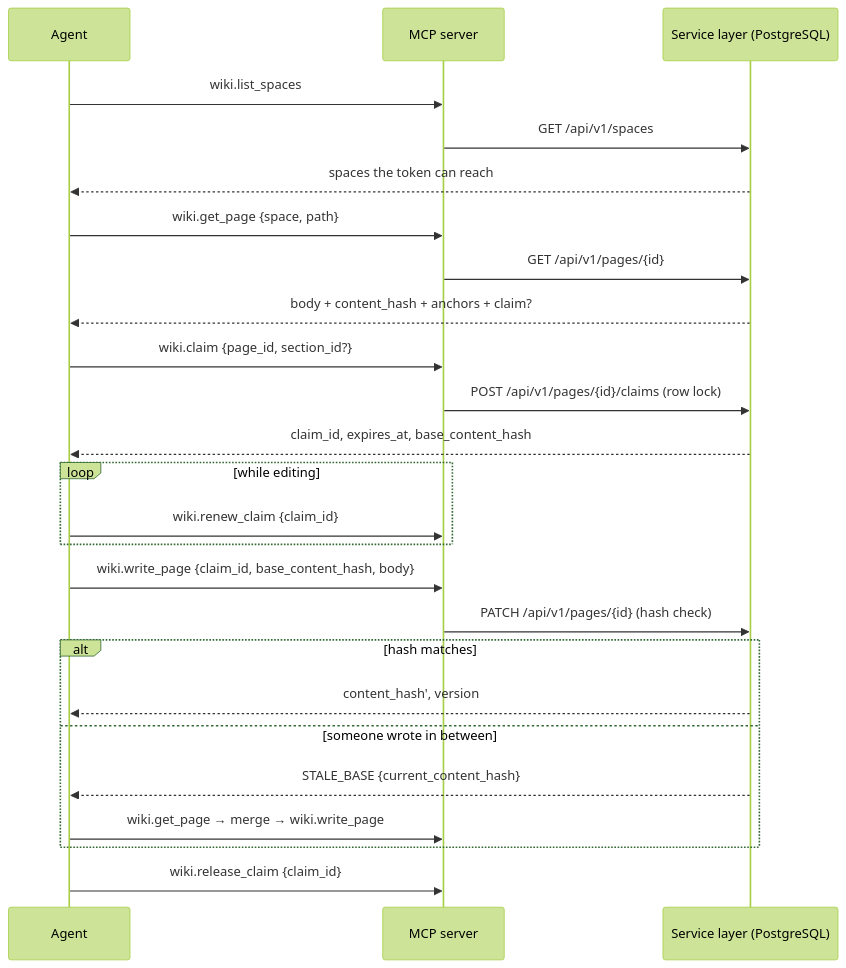
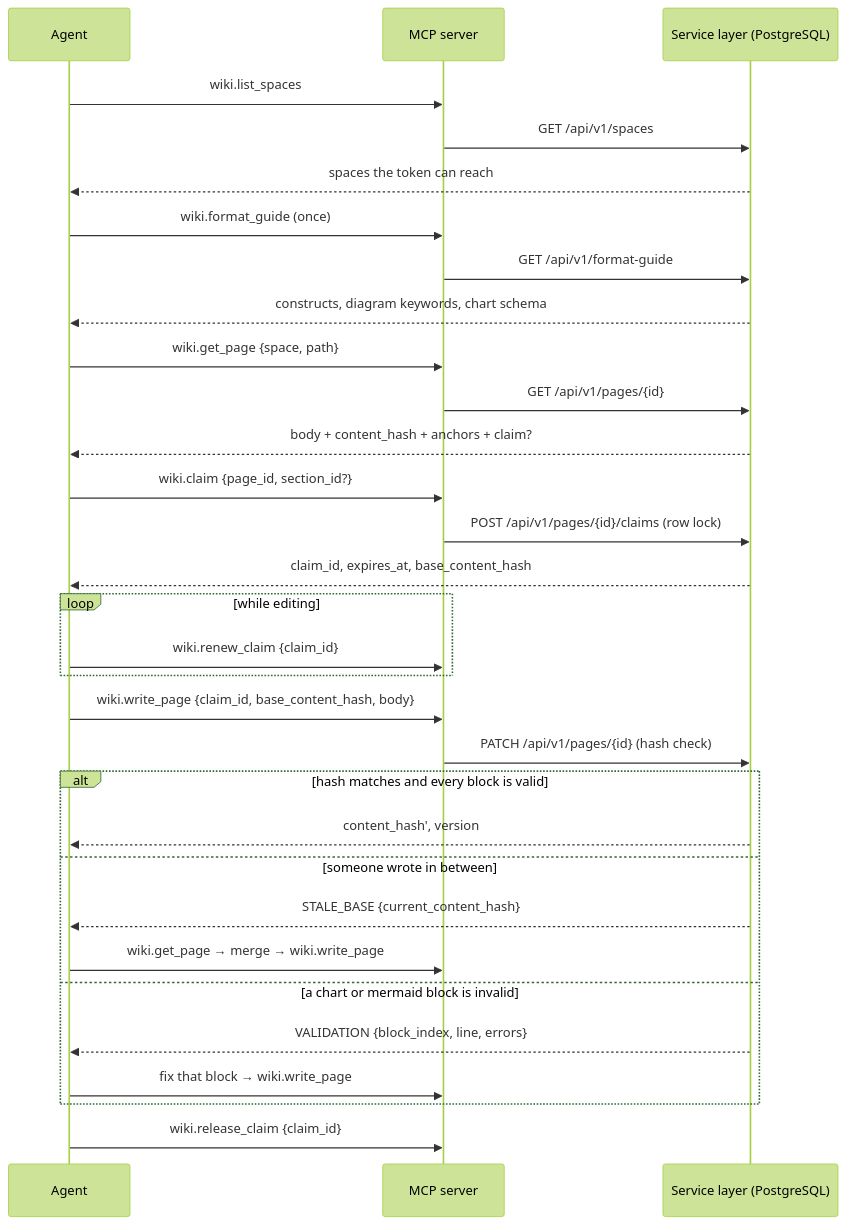
The diagram in docs/mcp.md (Dodecaidr/clewwiki), drawn with Mermaid (forest theme) before and after one commit. The commit also changed other lines of this file and 96 other files, not shown here.

First line of the commit message:
feat: visual Markdown editor, callouts, Mermaid templates and charts

````diff
--- a/docs/mcp.md
+++ b/docs/mcp.md
@@ -354,27 +423,33 @@
 ```mermaid
 sequenceDiagram
     participant A as Agent
     participant M as MCP server
     participant S as Service layer (PostgreSQL)
     A->>M: wiki.list_spaces
     M->>S: GET /api/v1/spaces
     S-->>A: spaces the token can reach
+    A->>M: wiki.format_guide (once)
+    M->>S: GET /api/v1/format-guide
+    S-->>A: constructs, diagram keywords, chart schema
     A->>M: wiki.get_page {space, path}
     M->>S: GET /api/v1/pages/{id}
     S-->>A: body + content_hash + anchors + claim?
     A->>M: wiki.claim {page_id, section_id?}
     M->>S: POST /api/v1/pages/{id}/claims (row lock)
     S-->>A: claim_id, expires_at, base_content_hash
     loop while editing
         A->>M: wiki.renew_claim {claim_id}
     end
     A->>M: wiki.write_page {claim_id, base_content_hash, body}
     M->>S: PATCH /api/v1/pages/{id} (hash check)
-    alt hash matches
+    alt hash matches and every block is valid
         S-->>A: content_hash', version
     else someone wrote in between
         S-->>A: STALE_BASE {current_content_hash}
         A->>M: wiki.get_page → merge → wiki.write_page
+    else a chart or mermaid block is invalid
+        S-->>A: VALIDATION {block_index, line, errors}
+        A->>M: fix that block → wiki.write_page
     end
     A->>M: wiki.release_claim {claim_id}
 ```
````
